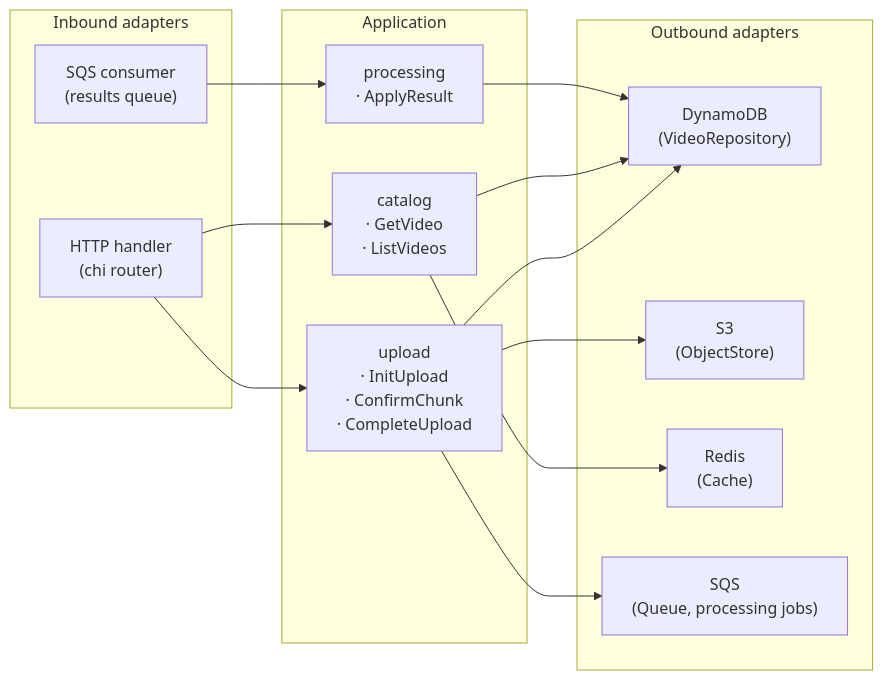
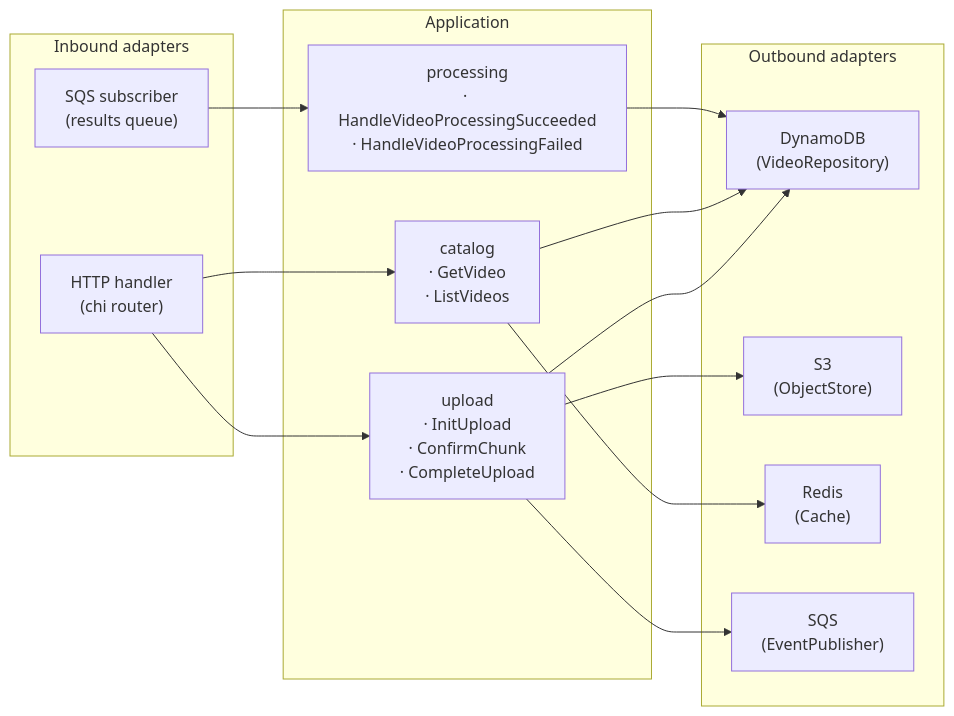
The first of 4 diagrams in backend/api/README.md (lregnier/design-youtube), drawn with Mermaid before and after one commit. The commit also changed 7 other files, not shown here.

First line of the commit message:
sync README diagrams with current architecture

````diff
--- a/backend/api/README.md
+++ b/backend/api/README.md
@@ -9,31 +9,31 @@
 ```mermaid
 graph LR
     subgraph Inbound["Inbound adapters"]
         HTTP["HTTP handler\n(chi router)"]
-        SQSIn["SQS consumer\n(results queue)"]
+        SQSIn["SQS subscriber\n(results queue)"]
     end
 
     subgraph App["Application"]
         Upload["upload\n· InitUpload\n· ConfirmChunk\n· CompleteUpload"]
         Catalog["catalog\n· GetVideo\n· ListVideos"]
-        Processing["processing\n· ApplyResult"]
+        Processing["processing\n· HandleVideoProcessingSucceeded\n· HandleVideoProcessingFailed"]
     end
 
     subgraph Outbound["Outbound adapters"]
         DynDB["DynamoDB\n(VideoRepository)"]
         S3["S3\n(ObjectStore)"]
         Redis["Redis\n(Cache)"]
-        SQSOut["SQS\n(Queue, processing jobs)"]
+        SQSOut["SQS\n(EventPublisher)"]
     end
 
     HTTP --> Upload
     HTTP --> Catalog
     SQSIn --> Processing
 
     Upload --> DynDB
     Upload --> S3
     Upload --> SQSOut
     Catalog --> DynDB
     Catalog --> Redis
     Processing --> DynDB
 ```
````
